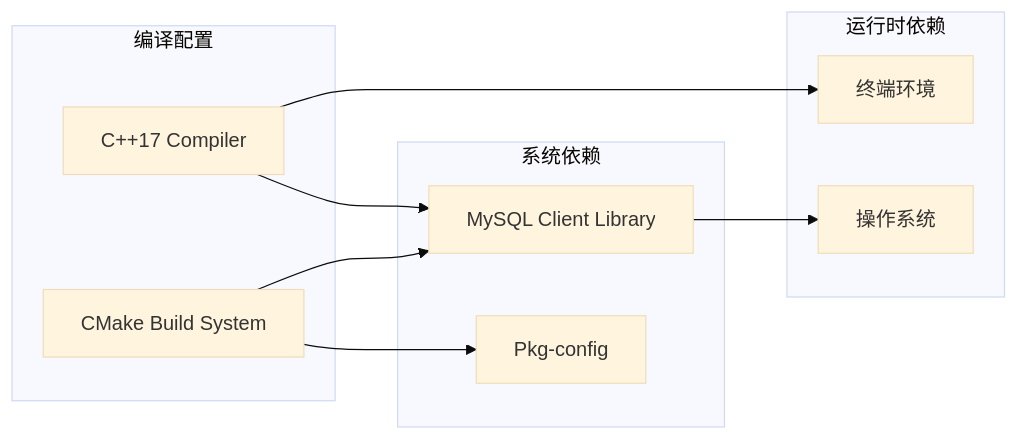
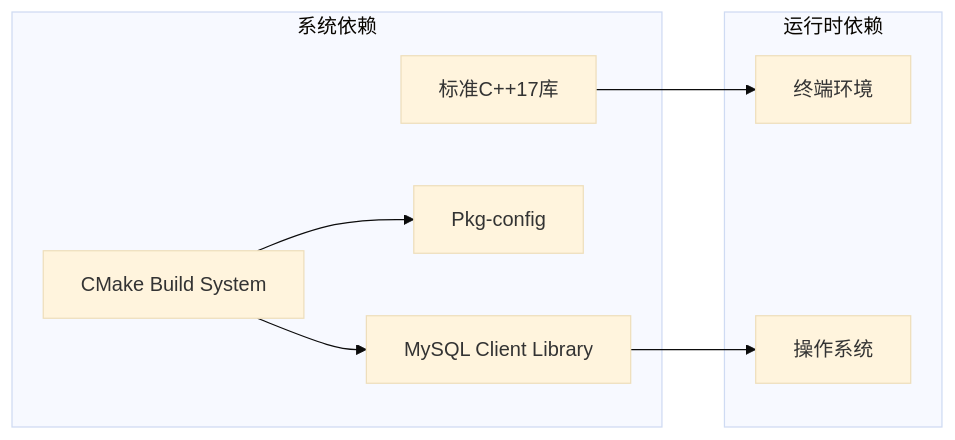
Before and after one commit to jinpeng900/OJ-Test: diagram 11 of 12 in .qoder/repowiki/zh/content/界面交互与美化.md, drawn with Mermaid (base theme). The commit also changed other lines of this file and 44 other files, not shown here.

````diff
--- a/.qoder/repowiki/zh/content/界面交互与美化.md
+++ b/.qoder/repowiki/zh/content/界面交互与美化.md
@@ -436,20 +471,17 @@
 ```mermaid
 graph LR
 subgraph "系统依赖"
 MySQL[MySQL Client Library]
 PkgConfig[Pkg-config]
-end
-subgraph "编译配置"
 CMake[CMake Build System]
-Compiler[C++17 Compiler]
+C++17[标准C++17库]
 end
 subgraph "运行时依赖"
 Terminal[终端环境]
 OS[操作系统]
 end
 CMake --> MySQL
 CMake --> PkgConfig
-Compiler --> MySQL
-Compiler --> Terminal
+C++17 --> Terminal
 MySQL --> OS
 ```
````
